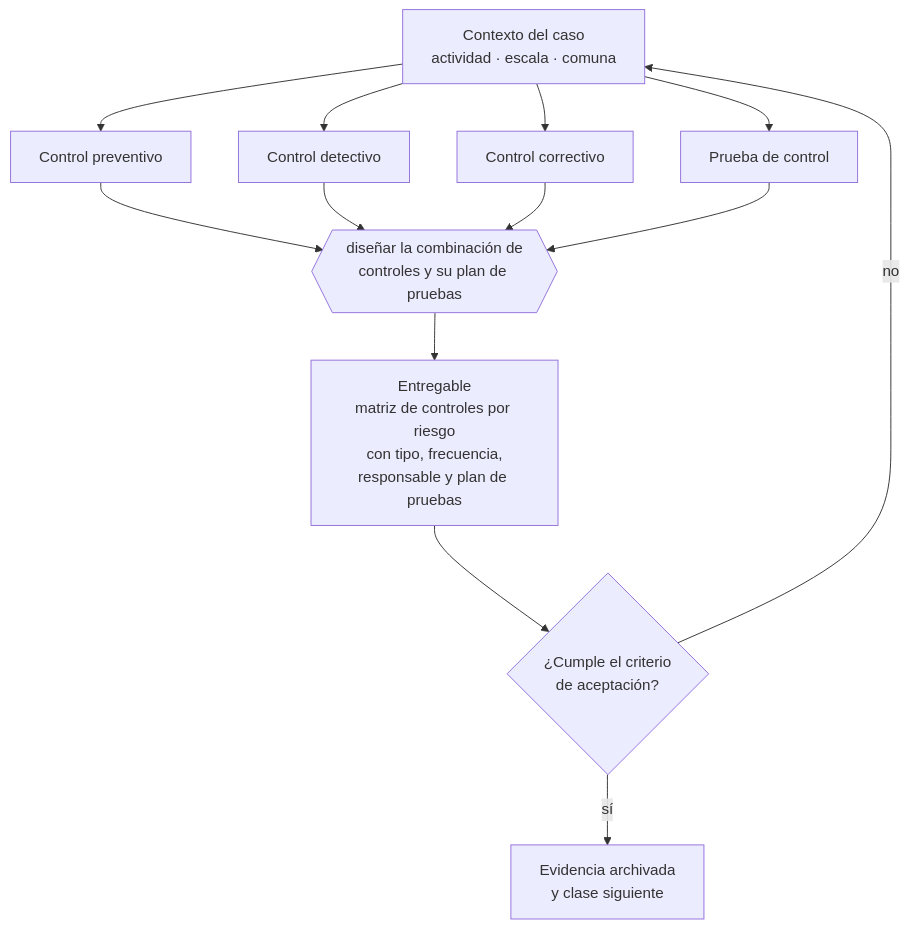
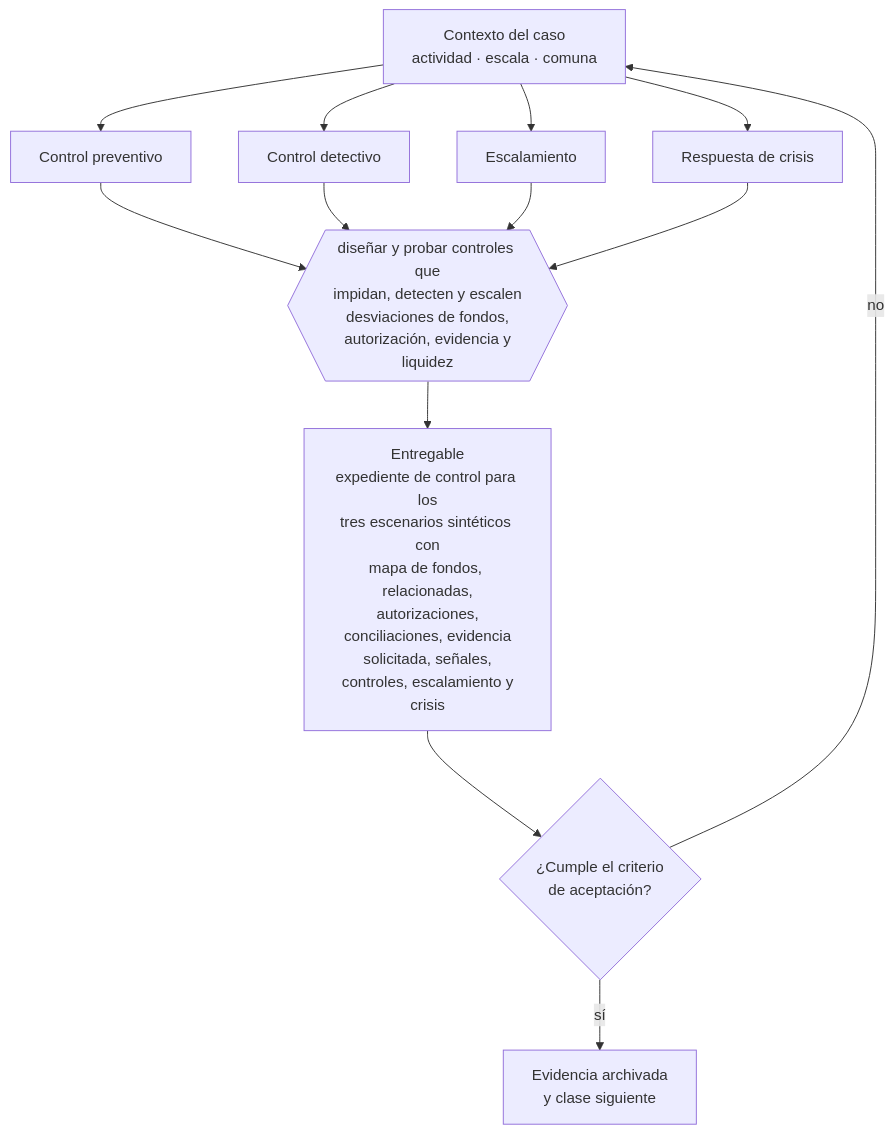
Before and after one commit to vladimiracunadev-create/modern-business-creation-program: the diagram in curriculum/part-19-compliance-riesgos-y-responsabilidad-empresarial/class-02-controles-preventivos-detectivos-y-correctivos/README.md, drawn with Mermaid. The commit also changed other lines of this file and 32 other files, not shown here.

````diff
--- a/curriculum/part-19-compliance-riesgos-y-responsabilidad-empresarial/class-02-controles-preventivos-detectivos-y-correctivos/README.md
+++ b/curriculum/part-19-compliance-riesgos-y-responsabilidad-empresarial/class-02-controles-preventivos-detectivos-y-correctivos/README.md
@@ -34,13 +34,13 @@
 ```mermaid
 flowchart TB
     C["Contexto del caso<br/>actividad · escala · comuna"]
     C --> A1["Control preventivo"]
     C --> A2["Control detectivo"]
-    C --> A3["Control correctivo"]
-    C --> A4["Prueba de control"]
-    A1 & A2 & A3 & A4 --> D{{"diseñar la combinación de<br/>controles y su plan de pruebas"}}
-    D --> E["Entregable<br/>matriz de controles por riesgo<br/>con tipo, frecuencia,<br/>responsable y plan de pruebas"]
+    C --> A3["Escalamiento"]
+    C --> A4["Respuesta de crisis"]
+    A1 & A2 & A3 & A4 --> D{{"diseñar y probar controles que<br/>impidan, detecten y escalen<br/>desviaciones de fondos,<br/>autorización, evidencia y<br/>liquidez"}}
+    D --> E["Entregable<br/>expediente de control para los<br/>tres escenarios sintéticos con<br/>mapa de fondos, relacionadas,<br/>autorizaciones,<br/>conciliaciones, evidencia<br/>solicitada, señales,<br/>controles, escalamiento y<br/>crisis"]
     E --> V{"¿Cumple el criterio<br/>de aceptación?"}
     V -->|sí| S["Evidencia archivada<br/>y clase siguiente"]
     V -->|no| C
 ```
````
